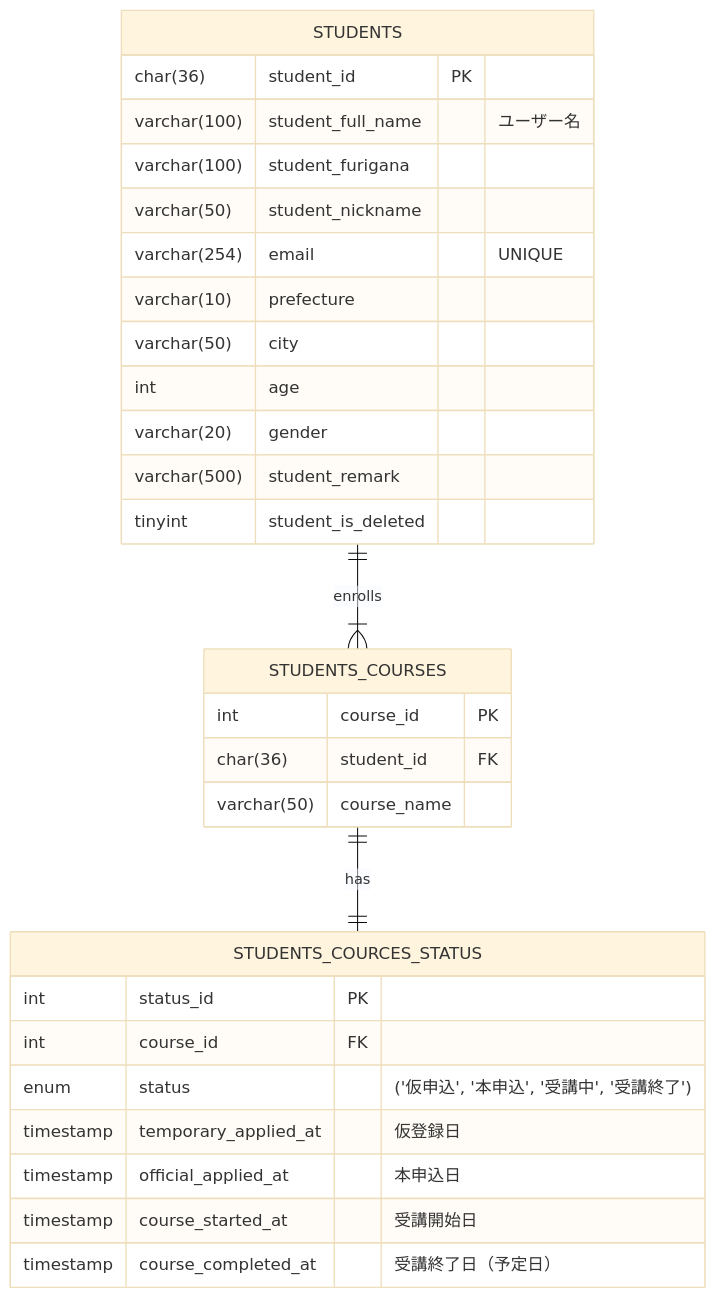
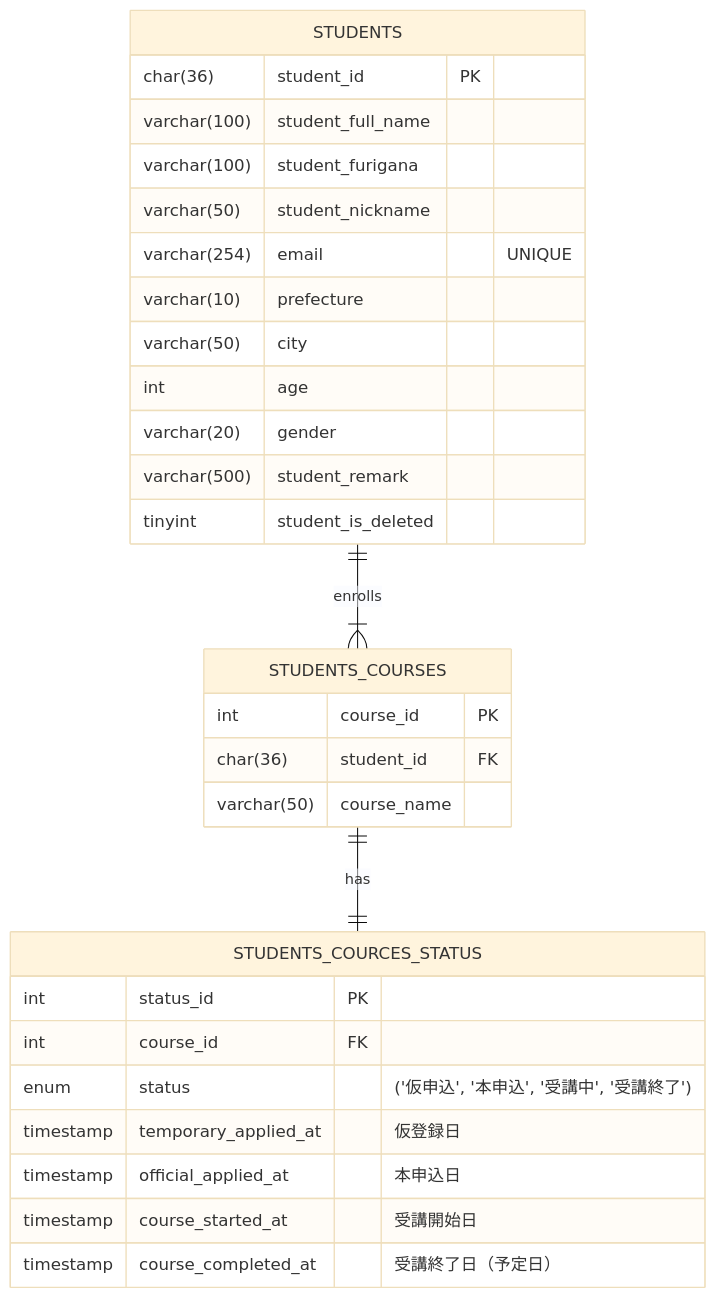
The first of 4 diagrams in README.md (anmitsu-nagaya/StudentManagement), drawn with Mermaid (base theme) before and after one commit. The commit also changed other lines of this file, not shown here.

````diff
--- a/README.md
+++ b/README.md
@@ -127,35 +128,35 @@
 ```mermaid
 erDiagram
   STUDENTS ||--|{ STUDENTS_COURSES : "enrolls"
   STUDENTS_COURSES ||--||STUDENTS_COURCES_STATUS: "has"
   
   STUDENTS {
     char(36) student_id PK
-    varchar(100) student_full_name "ユーザー名"
+    varchar(100) student_full_name 
     varchar(100) student_furigana
     varchar(50) student_nickname
     varchar(254) email "UNIQUE"
     varchar(10) prefecture
     varchar(50) city
     int age
     varchar(20) gender
     varchar(500) student_remark
     tinyint student_is_deleted
   }
 
   STUDENTS_COURSES {
     int course_id PK
     char(36) student_id FK
     varchar(50) course_name
   }
 
   STUDENTS_COURCES_STATUS {
     int status_id PK
     int course_id FK
     enum status "('仮申込', '本申込', '受講中', '受講終了')"
     timestamp temporary_applied_at "仮登録日"
     timestamp official_applied_at "本申込日"
     timestamp course_started_at "受講開始日"
     timestamp course_completed_at "受講終了日（予定日）"
   }
 ```
````
